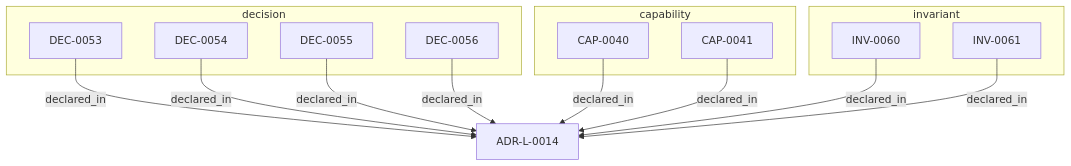
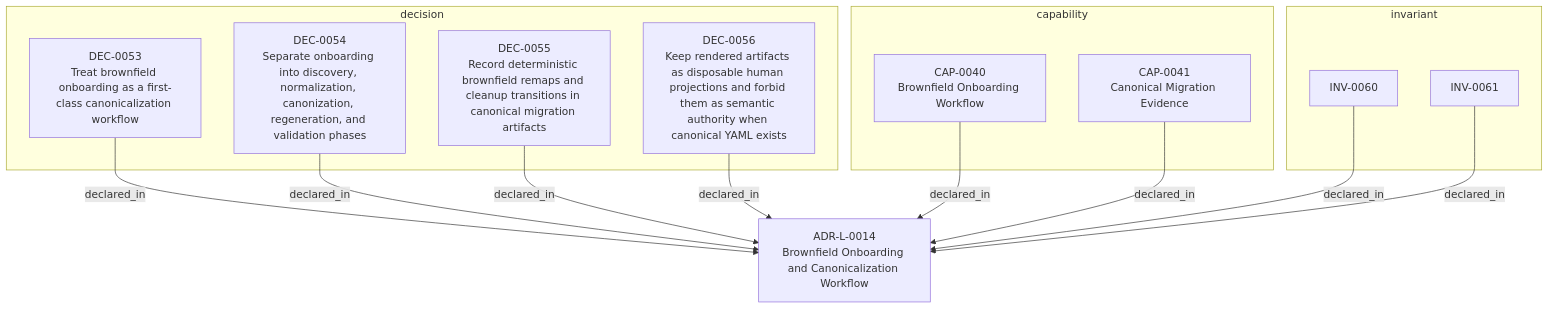
The second of 2 diagrams in adrs/adr-projection/logical/ADR-L-0014-brownfield-onboarding-and-canonicalization-workflow.md (egallmann/adr-architecture-kit), drawn with Mermaid before and after one commit. The commit also changed other lines of this file and 35 other files, not shown here.

First line of the commit message:
docs: regenerate deterministic ADR-PC projections

````diff
--- a/adrs/adr-projection/logical/ADR-L-0014-brownfield-onboarding-and-canonicalization-workflow.md
+++ b/adrs/adr-projection/logical/ADR-L-0014-brownfield-onboarding-and-canonicalization-workflow.md
@@ -81,26 +81,26 @@
 ```mermaid
 flowchart TB
-  n_019fee89_e616_7628_913b_a059c1057c36["ADR-L-0014"]
+  n_019fee89_e616_7628_913b_a059c1057c36["ADR-L-0014<br/>Brownfield Onboarding and Canonicalization Workflow"]
   subgraph sg_capability["capability"]
-    n_019fee89_e616_74f9_813b_7610fca4342c["CAP-0040"]
-    n_019fee89_e616_76ce_9a36_55eac88b762e["CAP-0041"]
+    n_019fee89_e616_74f9_813b_7610fca4342c["CAP-0040<br/>Brownfield Onboarding Workflow"]
+    n_019fee89_e616_76ce_9a36_55eac88b762e["CAP-0041<br/>Canonical Migration Evidence"]
   end
   subgraph sg_decision["decision"]
-    n_019fee89_e616_7a1d_a13f_8595d35af213["DEC-0053"]
-    n_019fee89_e616_73b2_bd3f_a096727abcad["DEC-0054"]
-    n_019fee89_e616_7571_b83f_b20a3bd0b42e["DEC-0055"]
-    n_019fee89_e616_760d_8437_78860d2de944["DEC-0056"]
+    n_019fee89_e616_7a1d_a13f_8595d35af213["DEC-0053<br/>Treat brownfield onboarding as a first-class canonicalization workflow"]
+    n_019fee89_e616_73b2_bd3f_a096727abcad["DEC-0054<br/>Separate onboarding into discovery, normalization, canonization, regeneration, and validation phases"]
+    n_019fee89_e616_7571_b83f_b20a3bd0b42e["DEC-0055<br/>Record deterministic brownfield remaps and cleanup transitions in canonical migration artifacts"]
+    n_019fee89_e616_760d_8437_78860d2de944["DEC-0056<br/>Keep rendered artifacts as disposable human projections and forbid them as semantic authority when canonical YAML exists"]
   end
   subgraph sg_invariant["invariant"]
     n_019fee89_e616_76a4_891b_d8316114e7a9["INV-0060"]
     n_019fee89_e616_7aca_b328_94a4de1887d6["INV-0061"]
   end
   n_019fee89_e616_73b2_bd3f_a096727abcad -->|"declared_in"| n_019fee89_e616_7628_913b_a059c1057c36
   n_019fee89_e616_74f9_813b_7610fca4342c -->|"declared_in"| n_019fee89_e616_7628_913b_a059c1057c36
   n_019fee89_e616_7571_b83f_b20a3bd0b42e -->|"declared_in"| n_019fee89_e616_7628_913b_a059c1057c36
   n_019fee89_e616_760d_8437_78860d2de944 -->|"declared_in"| n_019fee89_e616_7628_913b_a059c1057c36
   n_019fee89_e616_76a4_891b_d8316114e7a9 -->|"declared_in"| n_019fee89_e616_7628_913b_a059c1057c36
   n_019fee89_e616_76ce_9a36_55eac88b762e -->|"declared_in"| n_019fee89_e616_7628_913b_a059c1057c36
   n_019fee89_e616_7a1d_a13f_8595d35af213 -->|"declared_in"| n_019fee89_e616_7628_913b_a059c1057c36
   n_019fee89_e616_7aca_b328_94a4de1887d6 -->|"declared_in"| n_019fee89_e616_7628_913b_a059c1057c36
 ```
````
